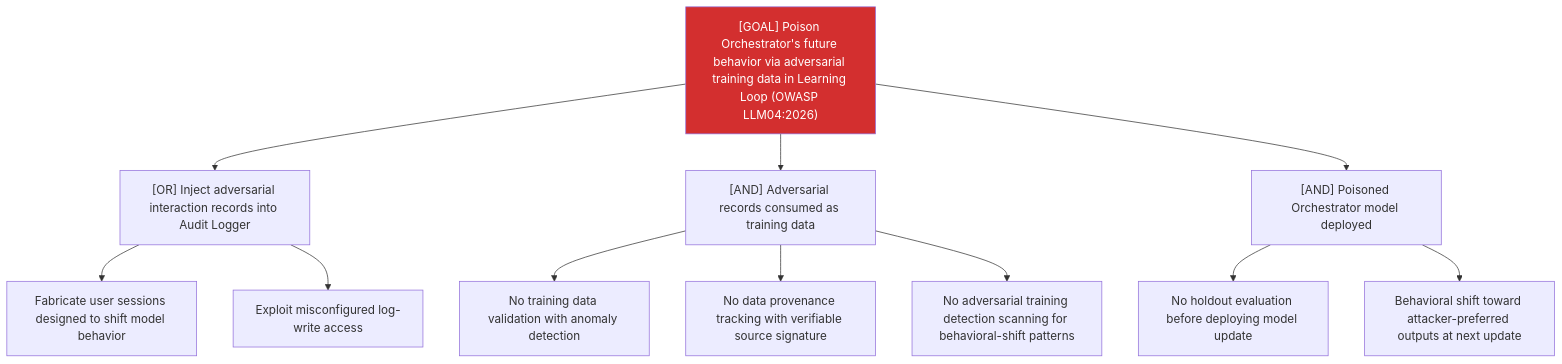
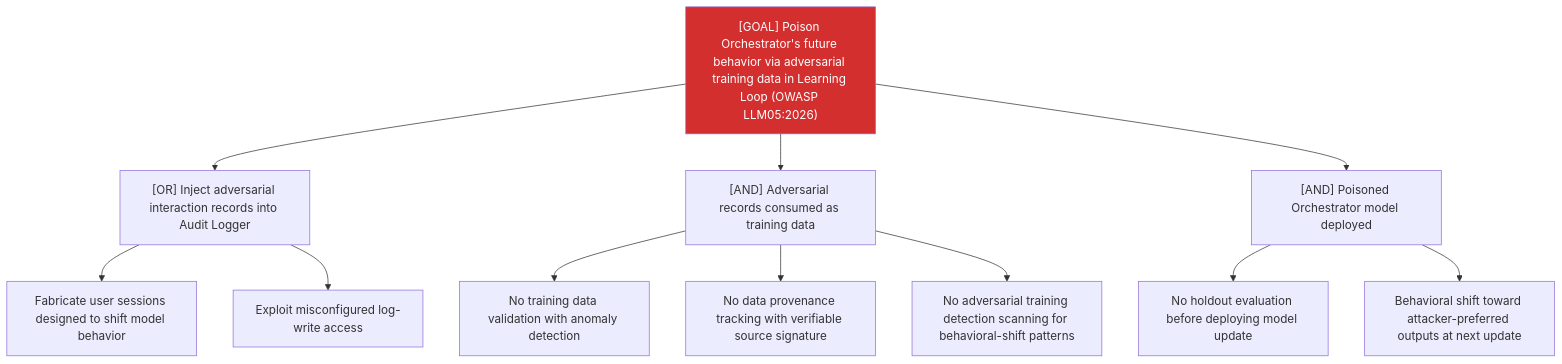
The diagram in examples/agentic-app/sample-report/attack-trees/llm-4-attack-tree.md (pratik-saptarshi/tachi-rust), drawn with Mermaid before and after one commit. The commit also changed 7 other files, not shown here.

````diff
--- a/examples/agentic-app/sample-report/attack-trees/llm-4-attack-tree.md
+++ b/examples/agentic-app/sample-report/attack-trees/llm-4-attack-tree.md
@@ -7,16 +7,16 @@
 ```mermaid
 graph TD
-    Goal["[GOAL] Poison Orchestrator's future behavior via adversarial training data in Learning Loop (OWASP LLM04:2026)"]
+    Goal["[GOAL] Poison Orchestrator's future behavior via adversarial training data in Learning Loop (OWASP LLM05:2026)"]
     Goal --> A["[OR] Inject adversarial interaction records into Audit Logger"]
     A --> A1["Fabricate user sessions designed to shift model behavior"]
     A --> A2["Exploit misconfigured log-write access"]
     Goal --> B["[AND] Adversarial records consumed as training data"]
     B --> B1["No training data validation with anomaly detection"]
     B --> B2["No data provenance tracking with verifiable source signature"]
     B --> B3["No adversarial training detection scanning for behavioral-shift patterns"]
     Goal --> C["[AND] Poisoned Orchestrator model deployed"]
     C --> C1["No holdout evaluation before deploying model update"]
     C --> C2["Behavioral shift toward attacker-preferred outputs at next update"]
     classDef critical fill:#d32f2f,color:#fff
     class Goal critical
 ```
````
